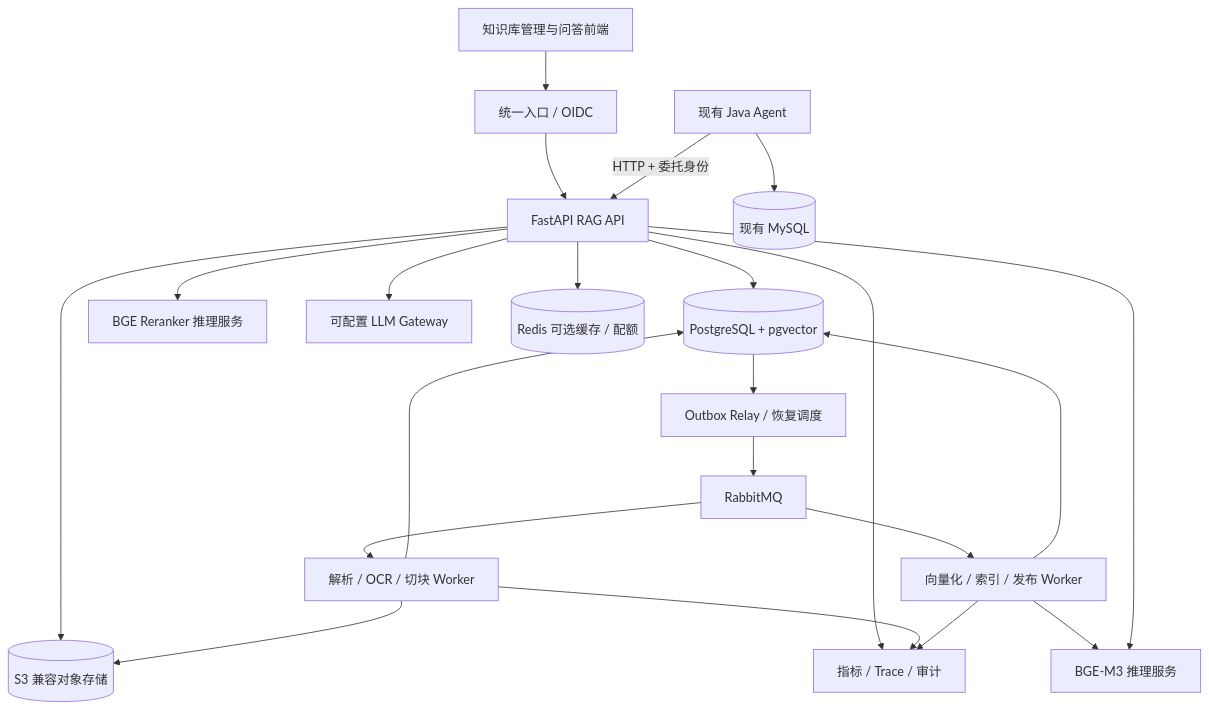
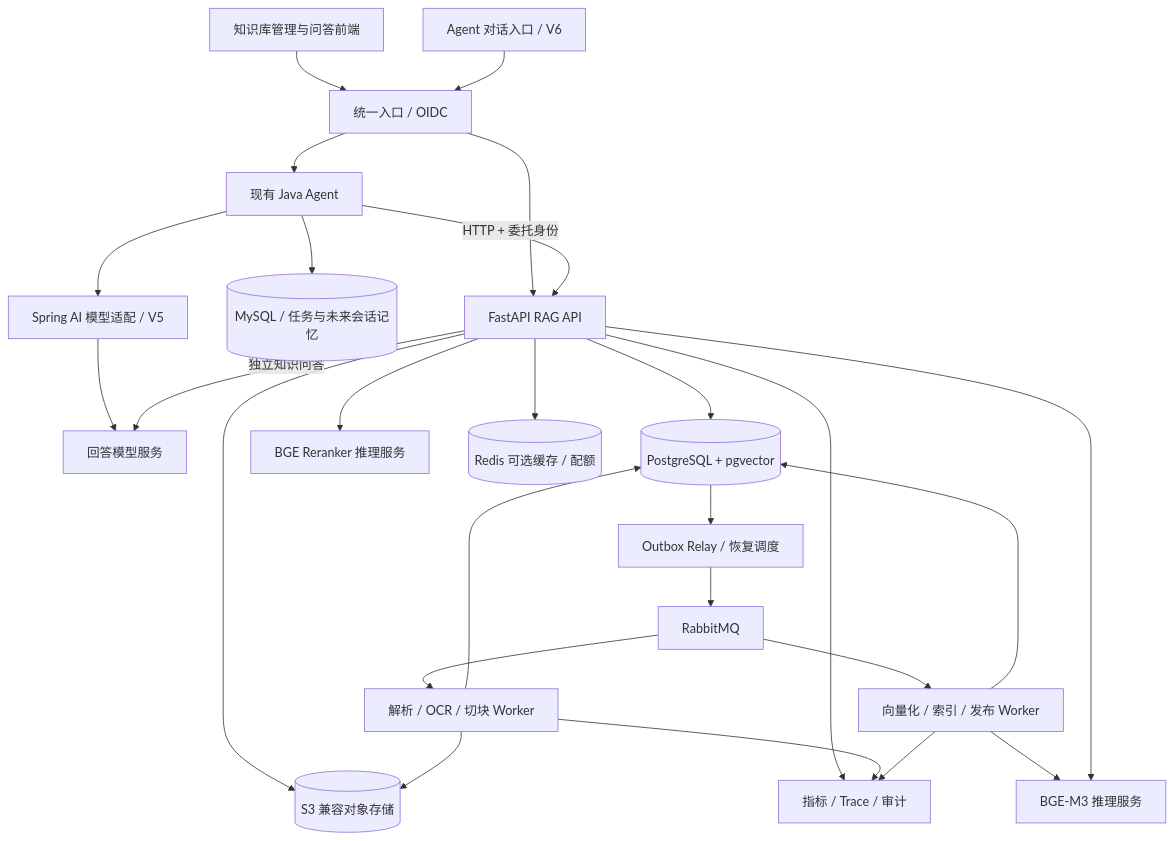
Before and after one commit to Zdanquxunhuan/agent-workflow-1: the first of 3 diagrams in agent-workflow-1/rag-production-to.md, drawn with Mermaid. The commit also changed other lines of this file and 6 other files, not shown here.

````diff
--- a/agent-workflow-1/rag-production-to.md
+++ b/agent-workflow-1/rag-production-to.md
@@ -65,24 +69,28 @@
 ```mermaid
 flowchart TD
     UI[知识库管理与问答前端] --> GW[统一入口 / OIDC]
     GW --> API[FastAPI RAG API]
+    CHAT[Agent 对话入口 / V6] --> GW
+    GW --> JA
     JA[现有 Java Agent] -->|HTTP + 委托身份| API
-    JA --> MYSQL[(现有 MySQL)]
+    JA --> MYSQL[(MySQL / 任务与未来会话记忆)]
+    JA --> SAI[Spring AI 模型适配 / V5]
+    SAI --> LLM[回答模型服务]
     API --> PG[(PostgreSQL + pgvector)]
     API --> OBJ[(S3 兼容对象存储)]
     PG --> RELAY[Outbox Relay / 恢复调度]
     RELAY --> MQ[RabbitMQ]
     MQ --> CPU[解析 / OCR / 切块 Worker]
     MQ --> IDX[向量化 / 索引 / 发布 Worker]
     CPU --> OBJ
     CPU --> PG
     IDX --> PG
     IDX --> EMB[BGE-M3 推理服务]
     API --> EMB
     API --> RR[BGE Reranker 推理服务]
-    API --> LLM[可配置 LLM Gateway]
+    API -->|独立知识问答| LLM
     API --> CACHE[(Redis 可选缓存 / 配额)]
     API --> OBS[指标 / Trace / 审计]
     CPU --> OBS
     IDX --> OBS
 ```
````
